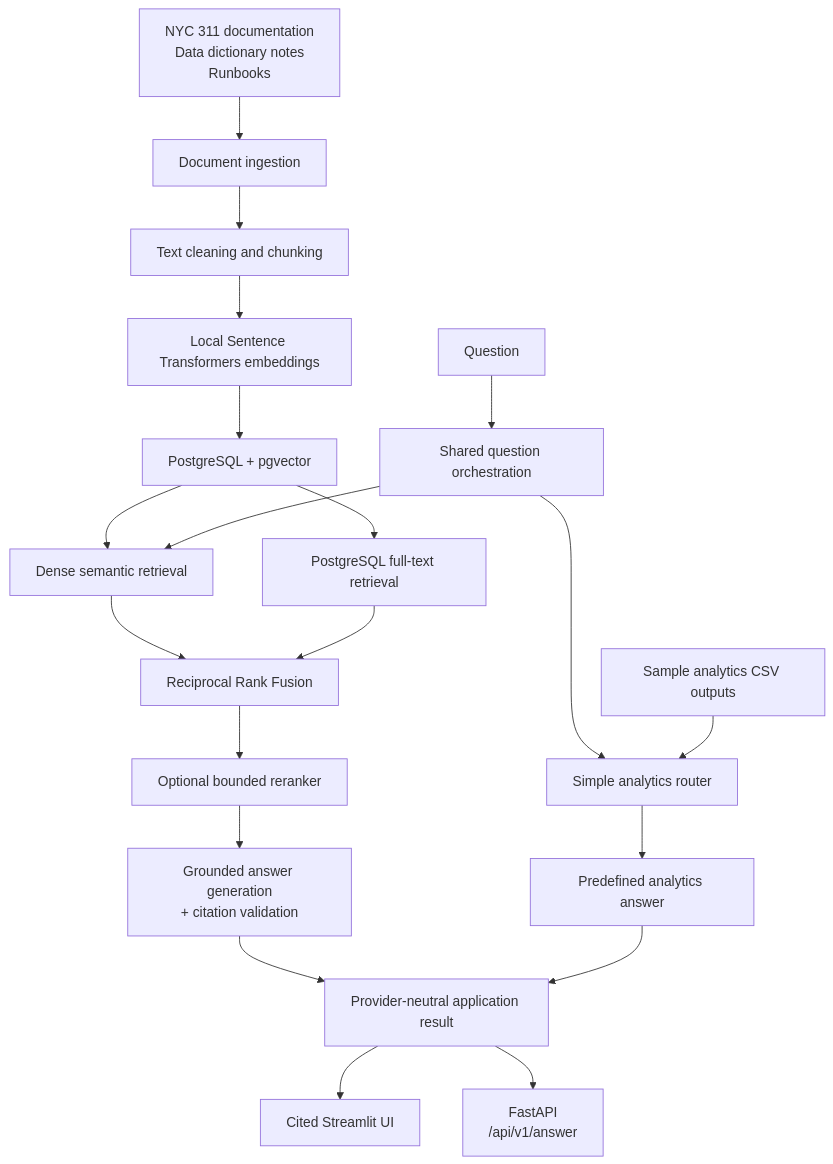
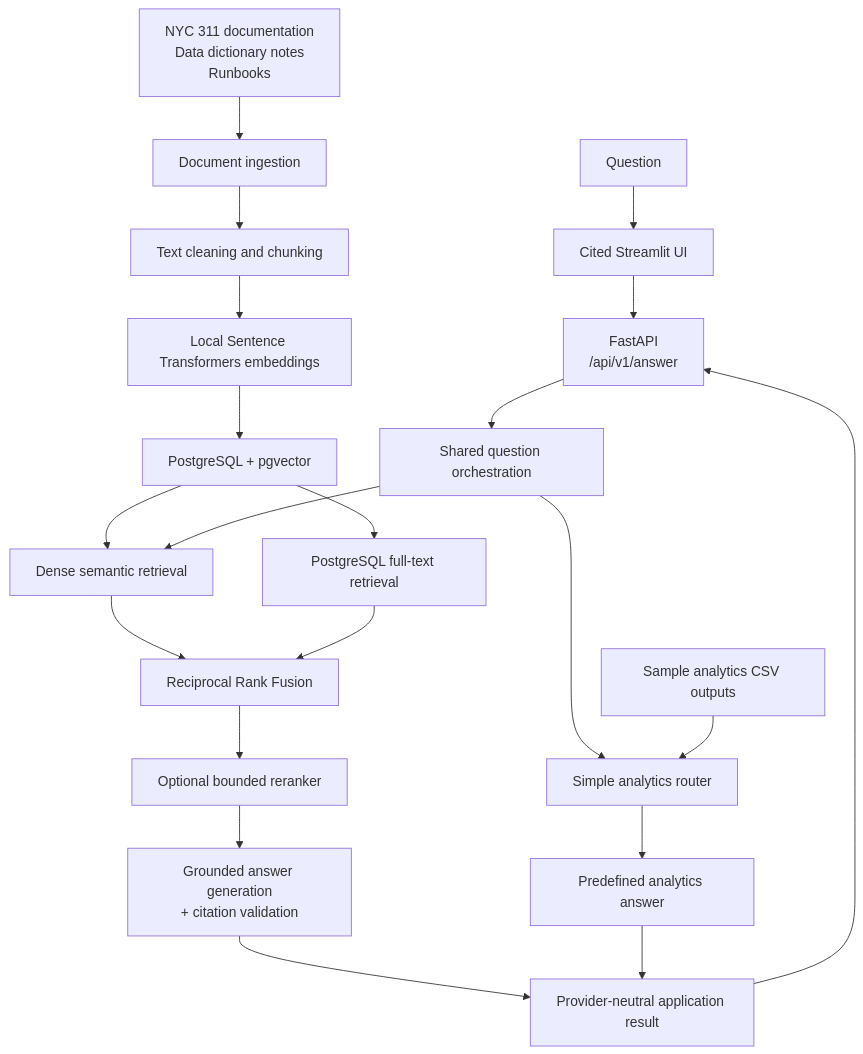
Before and after one commit to rihua-tech/civiclens-rag-nyc311: the diagram in README.md, drawn with Mermaid. The commit also changed other lines of this file and 19 other files, not shown here.

````diff
--- a/README.md
+++ b/README.md
@@ -34,27 +35,28 @@
 ```mermaid
 flowchart TD
     question["Question"]
     docs["NYC 311 documentation<br/>Data dictionary notes<br/>Runbooks"]
     sampleAnalytics["Sample analytics CSV outputs"]
 
     docs --> ingestion["Document ingestion"]
     ingestion --> chunking["Text cleaning and chunking"]
     chunking --> embeddings["Local Sentence Transformers embeddings"]
     embeddings --> pgvector["PostgreSQL + pgvector"]
     pgvector --> semantic["Dense semantic retrieval"]
     pgvector --> lexical["PostgreSQL full-text retrieval"]
     semantic --> fusion["Reciprocal Rank Fusion"]
     lexical --> fusion
     fusion --> reranker["Optional bounded reranker"]
     reranker --> answer["Grounded answer generation<br/>+ citation validation"]
 
-    question --> orchestrator["Shared question orchestration"]
+    question --> ui["Cited Streamlit UI"]
+    ui --> api["FastAPI<br/>/api/v1/answer"]
+    api --> orchestrator["Shared question orchestration"]
     orchestrator --> semantic
     orchestrator --> analyticsRouter["Simple analytics router"]
     sampleAnalytics --> analyticsRouter
     analyticsRouter --> analyticsAnswer["Predefined analytics answer"]
     answer --> result["Provider-neutral application result"]
     analyticsAnswer --> result
-    result --> ui["Cited Streamlit UI"]
-    result --> api["FastAPI<br/>/api/v1/answer"]
+    result --> api
 ```
````
